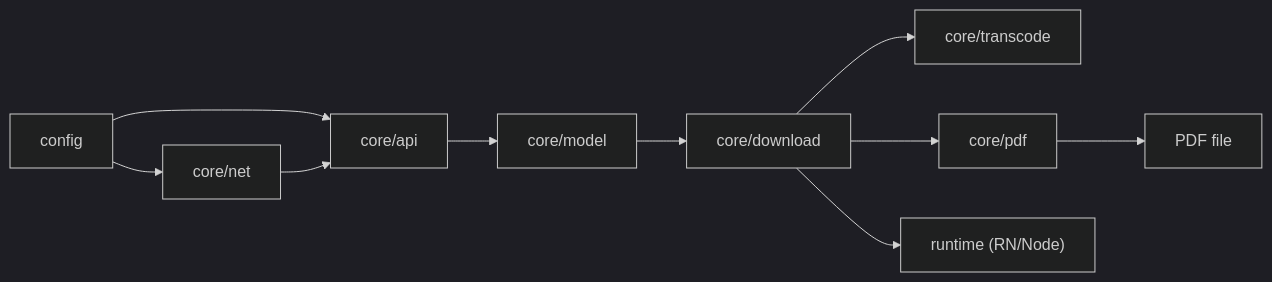
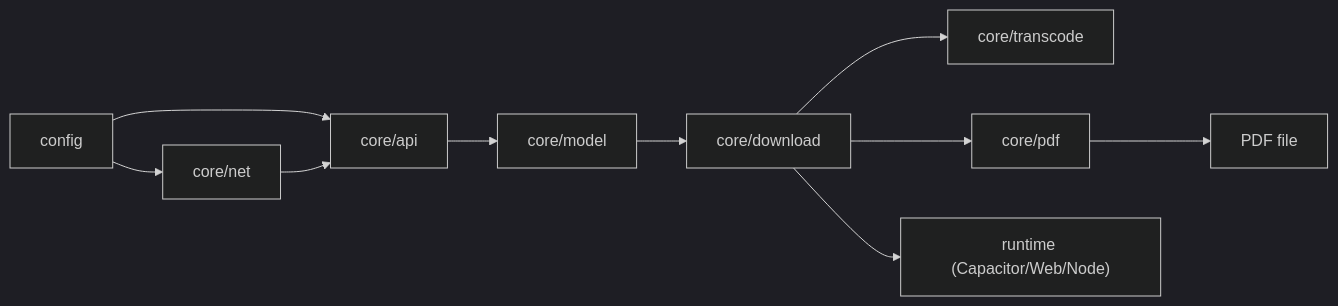
The first of 2 diagrams in docs/en/architecture/overview.md (aDarkMaker/JMFM), drawn with Mermaid (dark theme) before and after one commit. The commit also changed other lines of this file and 27 other files, not shown here.

Commit message:
docs: migrate architecture docs to capacitor stack

````diff
--- a/docs/en/architecture/overview.md
+++ b/docs/en/architecture/overview.md
@@ -31,22 +42,22 @@
 ```mermaid
 flowchart LR
     cfg["config"]
     api["core/api"]
     net["core/net"]
     model["core/model"]
     trans["core/transcode"]
     dl["core/download"]
     pdf["core/pdf"]
-    rnt["runtime (RN/Node)"]
+    rnt["runtime (Capacitor/Web/Node)"]
     out["PDF file"]
 
     cfg --> net
     cfg --> api
     net --> api
     api --> model
     model --> dl
     dl --> trans
     dl --> pdf
     dl --> rnt
     pdf --> out
 ```
````
